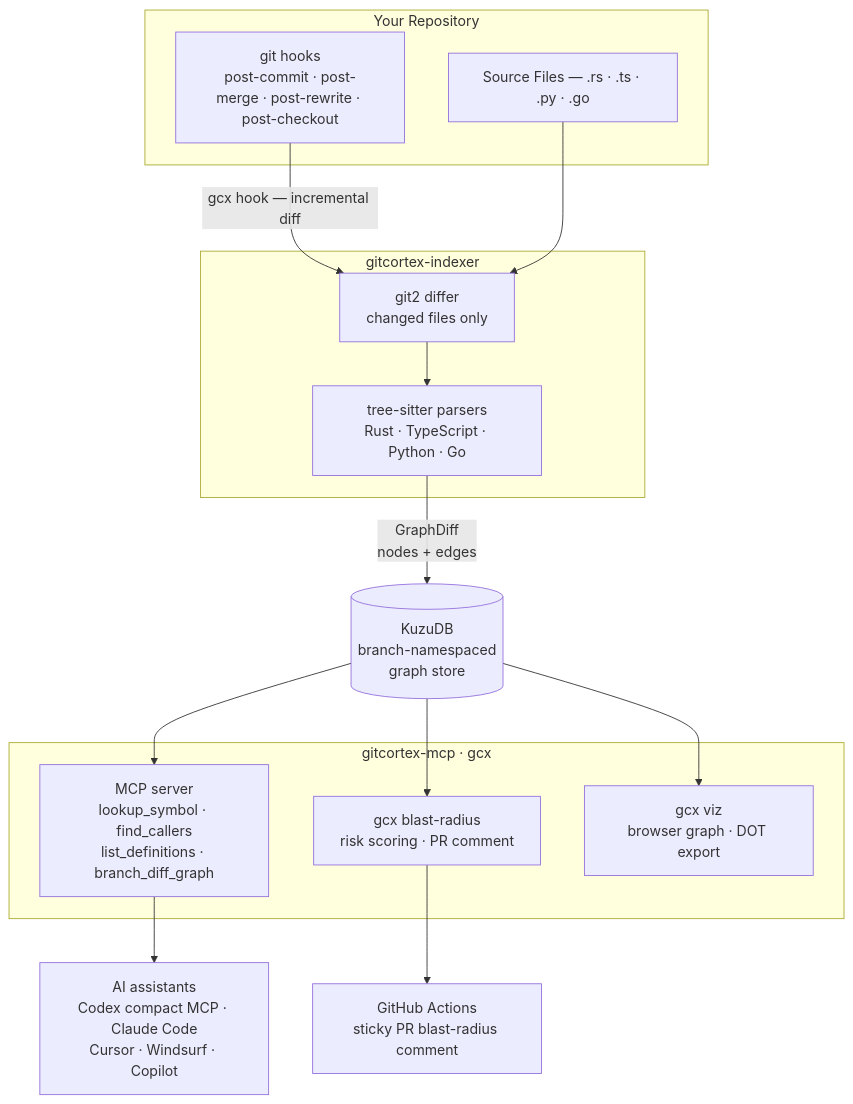
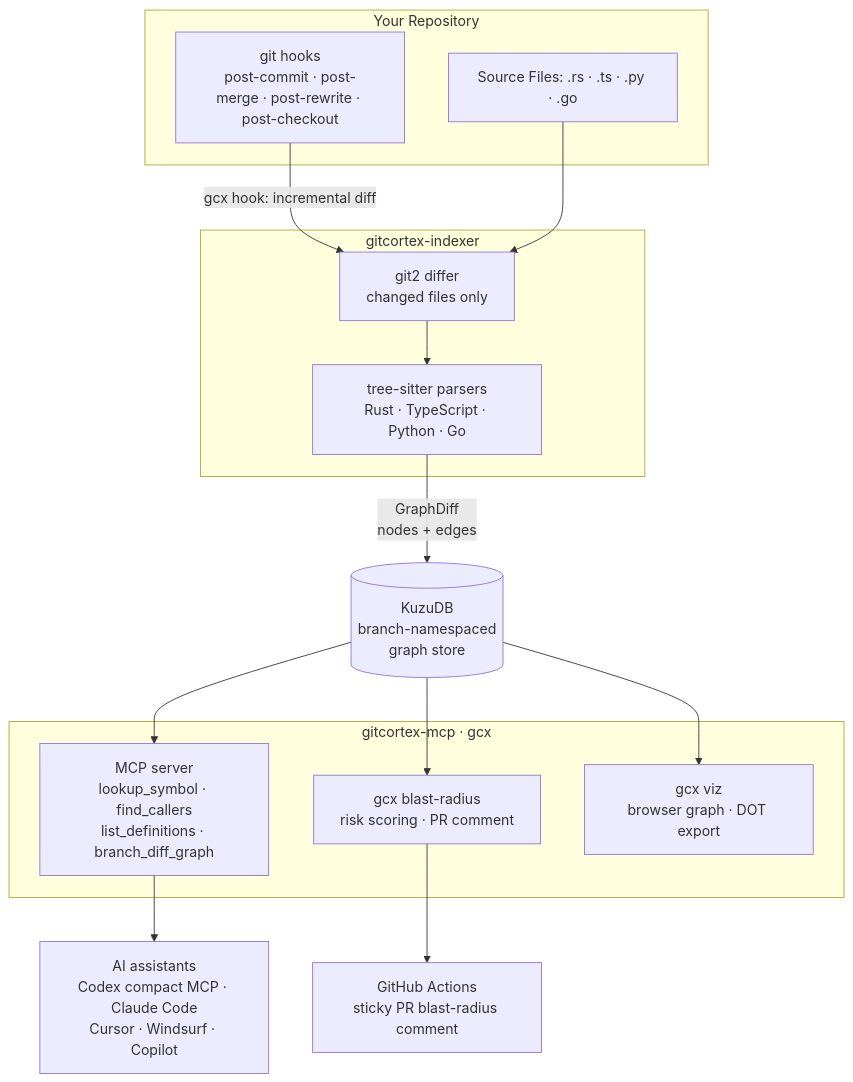
One commit to bharath03-a/GitCortex changed the diagram in README.md. Above: the diagram before and after it, drawn with Mermaid. The commit also changed other lines of this file and 17 other files, not shown here.

````diff
--- a/README.md
+++ b/README.md
@@ -714,33 +710,33 @@
 ```mermaid
 flowchart TD
     subgraph repo["Your Repository"]
         hooks["git hooks\npost-commit · post-merge · post-rewrite · post-checkout"]
-        files["Source Files — .rs · .ts · .py · .go"]
+        files["Source Files: .rs · .ts · .py · .go"]
     end
 
     subgraph indexer["gitcortex-indexer"]
         differ["git2 differ\nchanged files only"]
         parsers["tree-sitter parsers\nRust · TypeScript · Python · Go"]
         differ --> parsers
     end
 
     kuzu[("KuzuDB\nbranch-namespaced\ngraph store")]
 
     subgraph gcx["gitcortex-mcp  ·  gcx"]
         server["MCP server\nlookup_symbol · find_callers\nlist_definitions · branch_diff_graph"]
         blast["gcx blast-radius\nrisk scoring · PR comment"]
         viz["gcx viz\nbrowser graph · DOT export"]
     end
 
     assistants["AI assistants\nCodex compact MCP · Claude Code\nCursor · Windsurf · Copilot"]
     gh["GitHub Actions\nsticky PR blast-radius comment"]
 
-    hooks -->|"gcx hook — incremental diff"| differ
+    hooks -->|"gcx hook: incremental diff"| differ
     files --> differ
     parsers -->|"GraphDiff\nnodes + edges"| kuzu
     kuzu --> server
     kuzu --> blast
     kuzu --> viz
     server --> assistants
     blast --> gh
 ```
````
